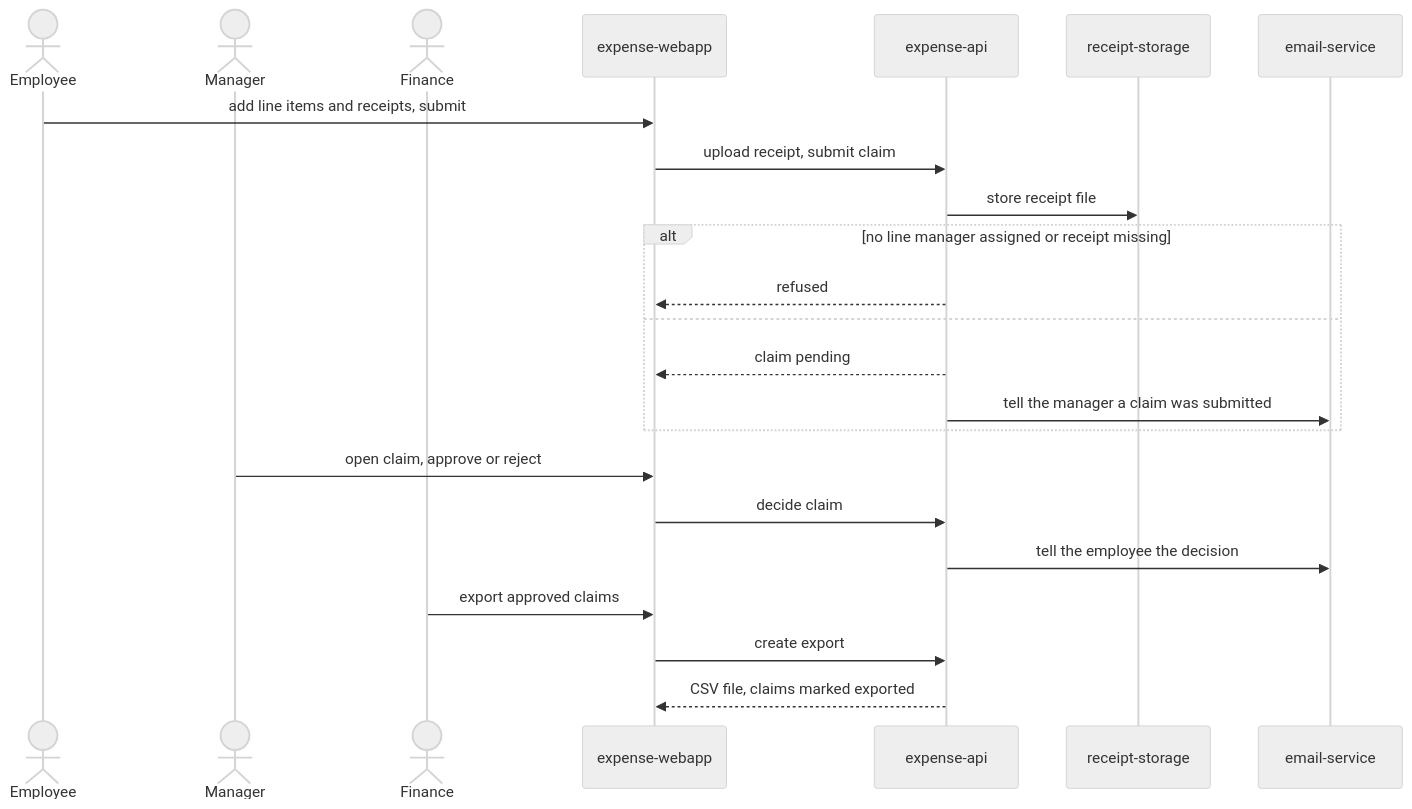
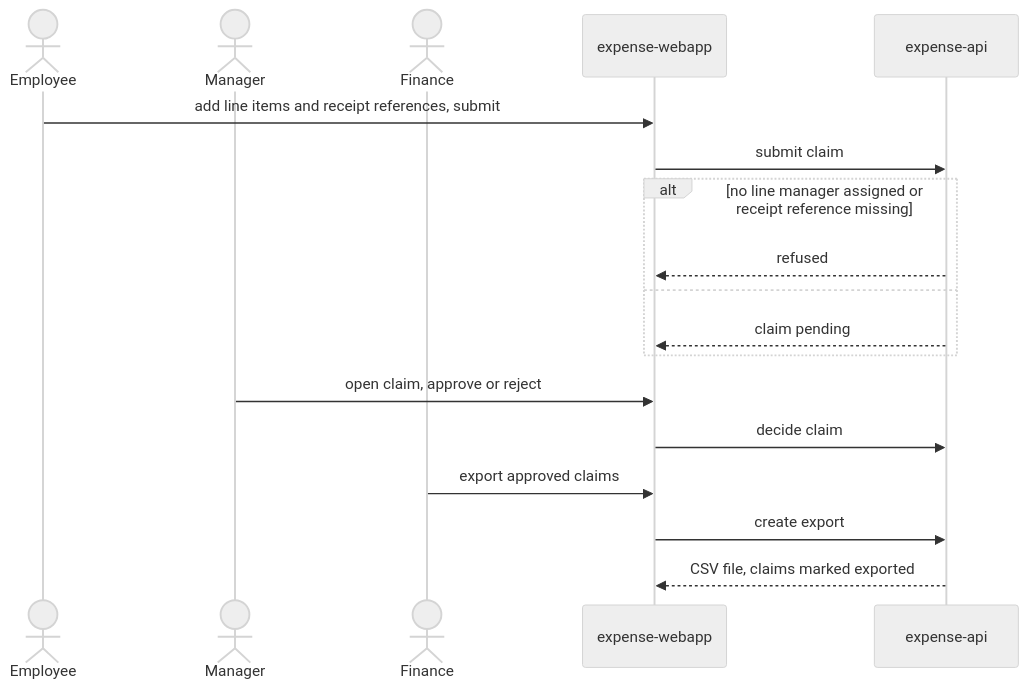
Before and after one commit to asdlc-repos/employees-submit-expense5131: the diagram in specs/design/flows/claim-to-payroll.md, drawn with Mermaid (neutral theme). The commit also changed other lines of this file and 14 other files, not shown here.

````diff
--- a/specs/design/flows/claim-to-payroll.md
+++ b/specs/design/flows/claim-to-payroll.md
@@ -5,26 +5,21 @@
 ```mermaid
 sequenceDiagram
     actor Employee
     actor Manager
     actor Finance
     participant expense-webapp
     participant expense-api
-    participant receipt-storage
-    participant email-service
 
-    Employee->>expense-webapp: add line items and receipts, submit
-    expense-webapp->>expense-api: upload receipt, submit claim
-    expense-api->>receipt-storage: store receipt file
-    alt no line manager assigned or receipt missing
+    Employee->>expense-webapp: add line items and receipt references, submit
+    expense-webapp->>expense-api: submit claim
+    alt no line manager assigned or receipt reference missing
         expense-api-->>expense-webapp: refused
     else
         expense-api-->>expense-webapp: claim pending
-        expense-api->>email-service: tell the manager a claim was submitted
     end
     Manager->>expense-webapp: open claim, approve or reject
     expense-webapp->>expense-api: decide claim
-    expense-api->>email-service: tell the employee the decision
     Finance->>expense-webapp: export approved claims
     expense-webapp->>expense-api: create export
     expense-api-->>expense-webapp: CSV file, claims marked exported
 ```
````
